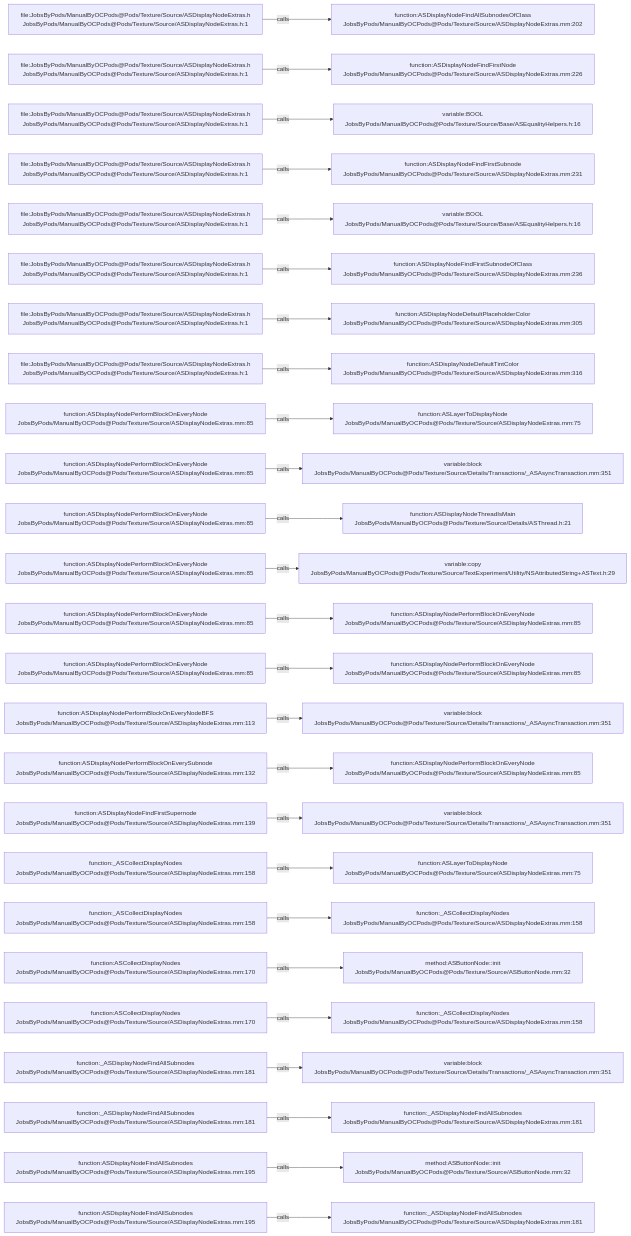
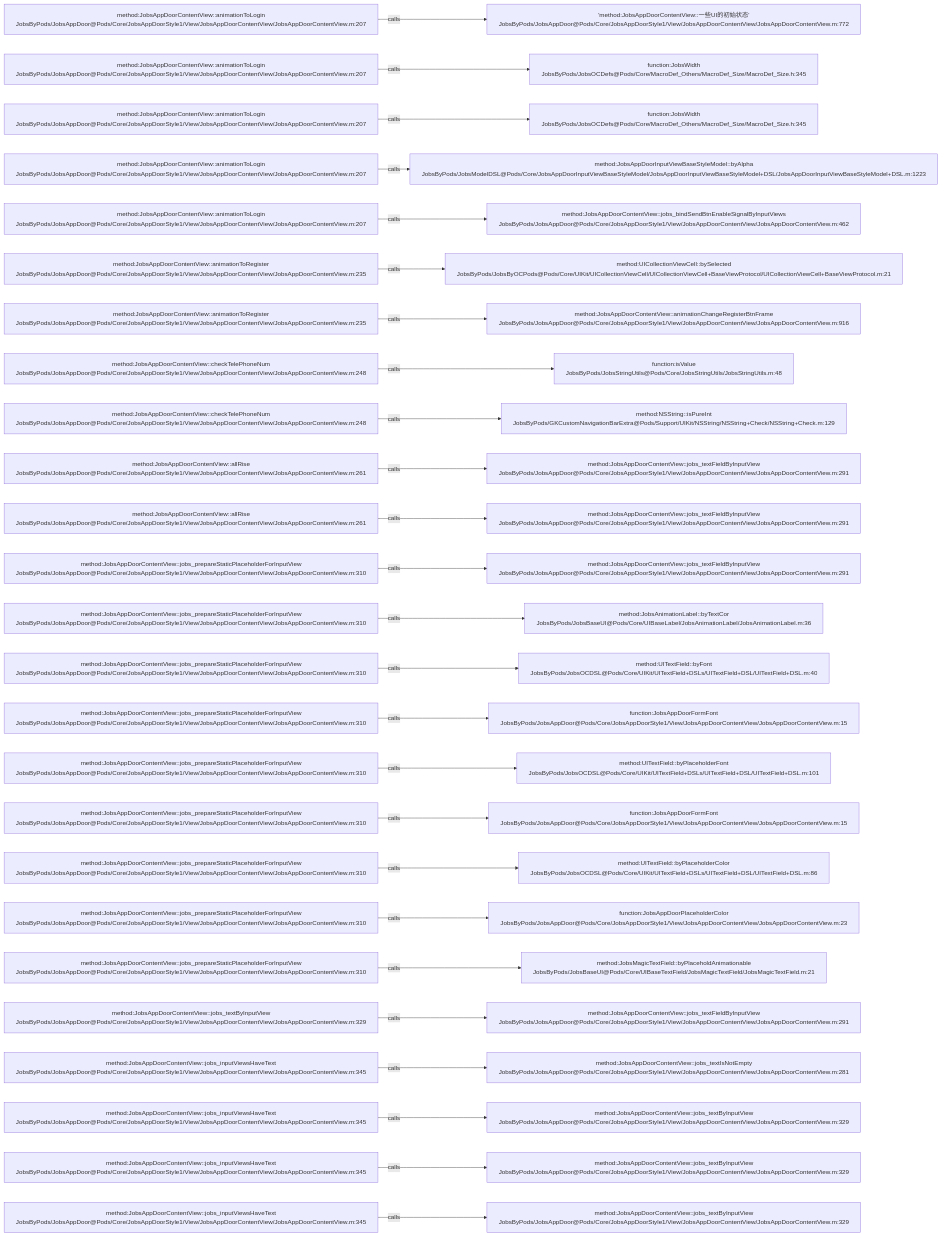
One commit to JobsKits/JobsOCBaseConfigDemo changed the diagram in .codegraph/codegraph.md/graphs/calls-091.md. Above: the diagram before and after it, drawn with Mermaid. The commit also changed 768 other files, not shown here.

````diff
--- a/.codegraph/codegraph.md/graphs/calls-091.md
+++ b/.codegraph/codegraph.md/graphs/calls-091.md
@@ -13,78 +13,78 @@
 ```mermaid
 flowchart LR
-  S1["file:JobsByPods/ManualByOCPods@Pods/Texture/Source/ASDisplayNodeExtras.h<br/>JobsByPods/ManualByOCPods@Pods/Texture/Source/ASDisplayNodeExtras.h:1"]
-  T1["function:ASDisplayNodeFindAllSubnodesOfClass<br/>JobsByPods/ManualByOCPods@Pods/Texture/Source/ASDisplayNodeExtras.mm:202"]
+  S1["method:JobsAppDoorContentView::animationToLogin<br/>JobsByPods/JobsAppDoor@Pods/Core/JobsAppDoorStyle1/View/JobsAppDoorContentView/JobsAppDoorContentView.m:207"]
+  T1["'method:JobsAppDoorContentView::一些UI的初始状态'<br/>JobsByPods/JobsAppDoor@Pods/Core/JobsAppDoorStyle1/View/JobsAppDoorContentView/JobsAppDoorContentView.m:772"]
   S1 -->|calls| T1
-  S2["file:JobsByPods/ManualByOCPods@Pods/Texture/Source/ASDisplayNodeExtras.h<br/>JobsByPods/ManualByOCPods@Pods/Texture/Source/ASDisplayNodeExtras.h:1"]
-  T2["function:ASDisplayNodeFindFirstNode<br/>JobsByPods/ManualByOCPods@Pods/Texture/Source/ASDisplayNodeExtras.mm:226"]
+  S2["method:JobsAppDoorContentView::animationToLogin<br/>JobsByPods/JobsAppDoor@Pods/Core/JobsAppDoorStyle1/View/JobsAppDoorContentView/JobsAppDoorContentView.m:207"]
+  T2["function:JobsWidth<br/>JobsByPods/JobsOCDefs@Pods/Core/MacroDef_Others/MacroDef_Size/MacroDef_Size.h:345"]
   S2 -->|calls| T2
-  S3["file:JobsByPods/ManualByOCPods@Pods/Texture/Source/ASDisplayNodeExtras.h<br/>JobsByPods/ManualByOCPods@Pods/Texture/Source/ASDisplayNodeExtras.h:1"]
-  T3["variable:BOOL<br/>JobsByPods/ManualByOCPods@Pods/Texture/Source/Base/ASEqualityHelpers.h:16"]
+  S3["method:JobsAppDoorContentView::animationToLogin<br/>JobsByPods/JobsAppDoor@Pods/Core/JobsAppDoorStyle1/View/JobsAppDoorContentView/JobsAppDoorContentView.m:207"]
+  T3["function:JobsWidth<br/>JobsByPods/JobsOCDefs@Pods/Core/MacroDef_Others/MacroDef_Size/MacroDef_Size.h:345"]
   S3 -->|calls| T3
-  S4["file:JobsByPods/ManualByOCPods@Pods/Texture/Source/ASDisplayNodeExtras.h<br/>JobsByPods/ManualByOCPods@Pods/Texture/Source/ASDisplayNodeExtras.h:1"]
-  T4["function:ASDisplayNodeFindFirstSubnode<br/>JobsByPods/ManualByOCPods@Pods/Texture/Source/ASDisplayNodeExtras.mm:231"]
+  S4["method:JobsAppDoorContentView::animationToLogin<br/>JobsByPods/JobsAppDoor@Pods/Core/JobsAppDoorStyle1/View/JobsAppDoorContentView/JobsAppDoorContentView.m:207"]
+  T4["method:JobsAppDoorInputViewBaseStyleModel::byAlpha<br/>JobsByPods/JobsModelDSL@Pods/Core/JobsAppDoorInputViewBaseStyleModel/JobsAppDoorInputViewBaseStyleModel+DSL/JobsAppDoorInputViewBaseStyleModel+DSL.m:1223"]
   S4 -->|calls| T4
-  S5["file:JobsByPods/ManualByOCPods@Pods/Texture/Source/ASDisplayNodeExtras.h<br/>JobsByPods/ManualByOCPods@Pods/Texture/Source/ASDisplayNodeExtras.h:1"]
-  T5["variable:BOOL<br/>JobsByPods/ManualByOCPods@Pods/Texture/Source/Base/ASEqualityHelpers.h:16"]
+  S5["method:JobsAppDoorContentView::animationToLogin<br/>JobsByPods/JobsAppDoor@Pods/Core/JobsAppDoorStyle1/View/JobsAppDoorContentView/JobsAppDoorContentView.m:207"]
+  T5["method:JobsAppDoorContentView::jobs_bindSendBtnEnableSignalByInputViews<br/>JobsByPods/JobsAppDoor@Pods/Core/JobsAppDoorStyle1/View/JobsAppDoorContentView/JobsAppDoorContentView.m:462"]
   S5 -->|calls| T5
-  S6["file:JobsByPods/ManualByOCPods@Pods/Texture/Source/ASDisplayNodeExtras.h<br/>JobsByPods/ManualByOCPods@Pods/Texture/Source/ASDisplayNodeExtras.h:1"]
-  T6["function:ASDisplayNodeFindFirstSubnodeOfClass<br/>JobsByPods/ManualByOCPods@Pods/Texture/Source/ASDisplayNodeExtras.mm:236"]
+  S6["method:JobsAppDoorContentView::animationToRegister<br/>JobsByPods/JobsAppDoor@Pods/Core/JobsAppDoorStyle1/View/JobsAppDoorContentView/JobsAppDoorContentView.m:235"]
+  T6["method:UICollectionViewCell::bySelected<br/>JobsByPods/JobsByOCPods@Pods/Core/UIKit/UICollectionViewCell/UICollectionViewCell+BaseViewProtocol/UICollectionViewCell+BaseViewProtocol.m:21"]
   S6 -->|calls| T6
-  S7["file:JobsByPods/ManualByOCPods@Pods/Texture/Source/ASDisplayNodeExtras.h<br/>JobsByPods/ManualByOCPods@Pods/Texture/Source/ASDisplayNodeExtras.h:1"]
-  T7["function:ASDisplayNodeDefaultPlaceholderColor<br/>JobsByPods/ManualByOCPods@Pods/Texture/Source/ASDisplayNodeExtras.mm:305"]
+  S7["method:JobsAppDoorContentView::animationToRegister<br/>JobsByPods/JobsAppDoor@Pods/Core/JobsAppDoorStyle1/View/JobsAppDoorContentView/JobsAppDoorContentView.m:235"]
+  T7["method:JobsAppDoorContentView::animationChangeRegisterBtnFrame<br/>JobsByPods/JobsAppDoor@Pods/Core/JobsAppDoorStyle1/View/JobsAppDoorContentView/JobsAppDoorContentView.m:916"]
   S7 -->|calls| T7
-  S8["file:JobsByPods/ManualByOCPods@Pods/Texture/Source/ASDisplayNodeExtras.h<br/>JobsByPods/ManualByOCPods@Pods/Texture/Source/ASDisplayNodeExtras.h:1"]
-  T8["function:ASDisplayNodeDefaultTintColor<br/>JobsByPods/ManualByOCPods@Pods/Texture/Source/ASDisplayNodeExtras.mm:316"]
+  S8["method:JobsAppDoorContentView::checkTelePhoneNum<br/>JobsByPods/JobsAppDoor@Pods/Core/JobsAppDoorStyle1/View/JobsAppDoorContentView/JobsAppDoorContentView.m:248"]
+  T8["function:isValue<br/>JobsByPods/JobsStringUtils@Pods/Core/JobsStringUtils/JobsStringUtils.m:48"]
   S8 -->|calls| T8
-  S9["function:ASDisplayNodePerformBlockOnEveryNode<br/>JobsByPods/ManualByOCPods@Pods/Texture/Source/ASDisplayNodeExtras.mm:85"]
-  T9["function:ASLayerToDisplayNode<br/>JobsByPods/ManualByOCPods@Pods/Texture/Source/ASDisplayNodeExtras.mm:75"]
+  S9["method:JobsAppDoorContentView::checkTelePhoneNum<br/>JobsByPods/JobsAppDoor@Pods/Core/JobsAppDoorStyle1/View/JobsAppDoorContentView/JobsAppDoorContentView.m:248"]
+  T9["method:NSString::isPureInt<br/>JobsByPods/GKCustomNavigationBarExtra@Pods/Support/UIKit/NSString/NSString+Check/NSString+Check.m:129"]
   S9 -->|calls| T9
-  S10["function:ASDisplayNodePerformBlockOnEveryNode<br/>JobsByPods/ManualByOCPods@Pods/Texture/Source/ASDisplayNodeExtras.mm:85"]
-  T10["variable:block<br/>JobsByPods/ManualByOCPods@Pods/Texture/Source/Details/Transactions/_ASAsyncTransaction.mm:351"]
+  S10["method:JobsAppDoorContentView::allRise<br/>JobsByPods/JobsAppDoor@Pods/Core/JobsAppDoorStyle1/View/JobsAppDoorContentView/JobsAppDoorContentView.m:261"]
+  T10["method:JobsAppDoorContentView::jobs_textFieldByInputView<br/>JobsByPods/JobsAppDoor@Pods/Core/JobsAppDoorStyle1/View/JobsAppDoorContentView/JobsAppDoorContentView.m:291"]
   S10 -->|calls| T10
-  S11["function:ASDisplayNodePerformBlockOnEveryNode<br/>JobsByPods/ManualByOCPods@Pods/Texture/Source/ASDisplayNodeExtras.mm:85"]
-  T11["function:ASDisplayNodeThreadIsMain<br/>JobsByPods/ManualByOCPods@Pods/Texture/Source/Details/ASThread.h:21"]
+  S11["method:JobsAppDoorContentView::allRise<br/>JobsByPods/JobsAppDoor@Pods/Core/JobsAppDoorStyle1/View/JobsAppDoorContentView/JobsAppDoorContentView.m:261"]
+  T11["method:JobsAppDoorContentView::jobs_textFieldByInputView<br/>JobsByPods/JobsAppDoor@Pods/Core/JobsAppDoorStyle1/View/JobsAppDoorContentView/JobsAppDoorContentView.m:291"]
   S11 -->|calls| T11
-  S12["function:ASDisplayNodePerformBlockOnEveryNode<br/>JobsByPods/ManualByOCPods@Pods/Texture/Source/ASDisplayNodeExtras.mm:85"]
-  T12["variable:copy<br/>JobsByPods/ManualByOCPods@Pods/Texture/Source/TextExperiment/Utility/NSAttributedString+ASText.h:29"]
+  S12["method:JobsAppDoorContentView::jobs_prepareStaticPlaceholderForInputView<br/>JobsByPods/JobsAppDoor@Pods/Core/JobsAppDoorStyle1/View/JobsAppDoorContentView/JobsAppDoorContentView.m:310"]
+  T12["method:JobsAppDoorContentView::jobs_textFieldByInputView<br/>JobsByPods/JobsAppDoor@Pods/Core/JobsAppDoorStyle1/View/JobsAppDoorContentView/JobsAppDoorContentView.m:291"]
   S12 -->|calls| T12
-  S13["function:ASDisplayNodePerformBlockOnEveryNode<br/>JobsByPods/ManualByOCPods@Pods/Texture/Source/ASDisplayNodeExtras.mm:85"]
-  T13["function:ASDisplayNodePerformBlockOnEveryNode<br/>JobsByPods/ManualByOCPods@Pods/Texture/Source/ASDisplayNodeExtras.mm:85"]
+  S13["method:JobsAppDoorContentView::jobs_prepareStaticPlaceholderForInputView<br/>JobsByPods/JobsAppDoor@Pods/Core/JobsAppDoorStyle1/View/JobsAppDoorContentView/JobsAppDoorContentView.m:310"]
+  T13["method:JobsAnimationLabel::byTextCor<br/>JobsByPods/JobsBaseUI@Pods/Core/UIBaseLabel/JobsAnimationLabel/JobsAnimationLabel.m:36"]
   S13 -->|calls| T13
-  S14["function:ASDisplayNodePerformBlockOnEveryNode<br/>JobsByPods/ManualByOCPods@Pods/Texture/Source/ASDisplayNodeExtras.mm:85"]
-  T14["function:ASDisplayNodePerformBlockOnEveryNode<br/>JobsByPods/ManualByOCPods@Pods/Texture/Source/ASDisplayNodeExtras.mm:85"]
+  S14["method:JobsAppDoorContentView::jobs_prepareStaticPlaceholderForInputView<br/>JobsByPods/JobsAppDoor@Pods/Core/JobsAppDoorStyle1/View/JobsAppDoorContentView/JobsAppDoorContentView.m:310"]
+  T14["method:UITextField::byFont<br/>JobsByPods/JobsOCDSL@Pods/Core/UIKit/UITextField+DSLs/UITextField+DSL/UITextField+DSL.m:40"]
   S14 -->|calls| T14
-  S15["function:ASDisplayNodePerformBlockOnEveryNodeBFS<br/>JobsByPods/ManualByOCPods@Pods/Texture/Source/ASDisplayNodeExtras.mm:113"]
-  T15["variable:block<br/>JobsByPods/ManualByOCPods@Pods/Texture/Source/Details/Transactions/_ASAsyncTransaction.mm:351"]
+  S15["method:JobsAppDoorContentView::jobs_prepareStaticPlaceholderForInputView<br/>JobsByPods/JobsAppDoor@Pods/Core/JobsAppDoorStyle1/View/JobsAppDoorContentView/JobsAppDoorContentView.m:310"]
+  T15["function:JobsAppDoorFormFont<br/>JobsByPods/JobsAppDoor@Pods/Core/JobsAppDoorStyle1/View/JobsAppDoorContentView/JobsAppDoorContentView.m:15"]
   S15 -->|calls| T15
-  S16["function:ASDisplayNodePerformBlockOnEverySubnode<br/>JobsByPods/ManualByOCPods@Pods/Texture/Source/ASDisplayNodeExtras.mm:132"]
-  T16["function:ASDisplayNodePerformBlockOnEveryNode<br/>JobsByPods/ManualByOCPods@Pods/Texture/Source/ASDisplayNodeExtras.mm:85"]
+  S16["method:JobsAppDoorContentView::jobs_prepareStaticPlaceholderForInputView<br/>JobsByPods/JobsAppDoor@Pods/Core/JobsAppDoorStyle1/View/JobsAppDoorContentView/JobsAppDoorContentView.m:310"]
+  T16["method:UITextField::byPlaceholderFont<br/>JobsByPods/JobsOCDSL@Pods/Core/UIKit/UITextField+DSLs/UITextField+DSL/UITextField+DSL.m:101"]
   S16 -->|calls| T16
-  S17["function:ASDisplayNodeFindFirstSupernode<br/>JobsByPods/ManualByOCPods@Pods/Texture/Source/ASDisplayNodeExtras.mm:139"]
-  T17["variable:block<br/>JobsByPods/ManualByOCPods@Pods/Texture/Source/Details/Transactions/_ASAsyncTransaction.mm:351"]
+  S17["method:JobsAppDoorContentView::jobs_prepareStaticPlaceholderForInputView<br/>JobsByPods/JobsAppDoor@Pods/Core/JobsAppDoorStyle1/View/JobsAppDoorContentView/JobsAppDoorContentView.m:310"]
+  T17["function:JobsAppDoorFormFont<br/>JobsByPods/JobsAppDoor@Pods/Core/JobsAppDoorStyle1/View/JobsAppDoorContentView/JobsAppDoorContentView.m:15"]
   S17 -->|calls| T17
-  S18["function:_ASCollectDisplayNodes<br/>JobsByPods/ManualByOCPods@Pods/Texture/Source/ASDisplayNodeExtras.mm:158"]
-  T18["function:ASLayerToDisplayNode<br/>JobsByPods/ManualByOCPods@Pods/Texture/Source/ASDisplayNodeExtras.mm:75"]
+  S18["method:JobsAppDoorContentView::jobs_prepareStaticPlaceholderForInputView<br/>JobsByPods/JobsAppDoor@Pods/Core/JobsAppDoorStyle1/View/JobsAppDoorContentView/JobsAppDoorContentView.m:310"]
+  T18["method:UITextField::byPlaceholderColor<br/>JobsByPods/JobsOCDSL@Pods/Core/UIKit/UITextField+DSLs/UITextField+DSL/UITextField+DSL.m:86"]
   S18 -->|calls| T18
-  S19["function:_ASCollectDisplayNodes<br/>JobsByPods/ManualByOCPods@Pods/Texture/Source/ASDisplayNodeExtras.mm:158"]
-  T19["function:_ASCollectDisplayNodes<br/>JobsByPods/ManualByOCPods@Pods/Texture/Source/ASDisplayNodeExtras.mm:158"]
+  S19["method:JobsAppDoorContentView::jobs_prepareStaticPlaceholderForInputView<br/>JobsByPods/JobsAppDoor@Pods/Core/JobsAppDoorStyle1/View/JobsAppDoorContentView/JobsAppDoorContentView.m:310"]
+  T19["function:JobsAppDoorPlaceholderColor<br/>JobsByPods/JobsAppDoor@Pods/Core/JobsAppDoorStyle1/View/JobsAppDoorContentView/JobsAppDoorContentView.m:23"]
   S19 -->|calls| T19
-  S20["function:ASCollectDisplayNodes<br/>JobsByPods/ManualByOCPods@Pods/Texture/Source/ASDisplayNodeExtras.mm:170"]
-  T20["method:ASButtonNode::init<br/>JobsByPods/ManualByOCPods@Pods/Texture/Source/ASButtonNode.mm:32"]
+  S20["method:JobsAppDoorContentView::jobs_prepareStaticPlaceholderForInputView<br/>JobsByPods/JobsAppDoor@Pods/Core/JobsAppDoorStyle1/View/JobsAppDoorContentView/JobsAppDoorContentView.m:310"]
+  T20["method:JobsMagicTextField::byPlaceholdAnimationable<br/>JobsByPods/JobsBaseUI@Pods/Core/UIBaseTextField/JobsMagicTextField/JobsMagicTextField.m:21"]
   S20 -->|calls| T20
-  S21["function:ASCollectDisplayNodes<br/>JobsByPods/ManualByOCPods@Pods/Texture/Source/ASDisplayNodeExtras.mm:170"]
-  T21["function:_ASCollectDisplayNodes<br/>JobsByPods/ManualByOCPods@Pods/Texture/Source/ASDisplayNodeExtras.mm:158"]
+  S21["method:JobsAppDoorContentView::jobs_textByInputView<br/>JobsByPods/JobsAppDoor@Pods/Core/JobsAppDoorStyle1/View/JobsAppDoorContentView/JobsAppDoorContentView.m:329"]
+  T21["method:JobsAppDoorContentView::jobs_textFieldByInputView<br/>JobsByPods/JobsAppDoor@Pods/Core/JobsAppDoorStyle1/View/JobsAppDoorContentView/JobsAppDoorContentView.m:291"]
   S21 -->|calls| T21
-  S22["function:_ASDisplayNodeFindAllSubnodes<br/>JobsByPods/ManualByOCPods@Pods/Texture/Source/ASDisplayNodeExtras.mm:181"]
-  T22["variable:block<br/>JobsByPods/ManualByOCPods@Pods/Texture/Source/Details/Transactions/_ASAsyncTransaction.mm:351"]
+  S22["method:JobsAppDoorContentView::jobs_inputViewsHaveText<br/>JobsByPods/JobsAppDoor@Pods/Core/JobsAppDoorStyle1/View/JobsAppDoorContentView/JobsAppDoorContentView.m:345"]
+  T22["method:JobsAppDoorContentView::jobs_textIsNotEmpty<br/>JobsByPods/JobsAppDoor@Pods/Core/JobsAppDoorStyle1/View/JobsAppDoorContentView/JobsAppDoorContentView.m:281"]
   S22 -->|calls| T22
-  S23["function:_ASDisplayNodeFindAllSubnodes<br/>JobsByPods/ManualByOCPods@Pods/Texture/Source/ASDisplayNodeExtras.mm:181"]
-  T23["function:_ASDisplayNodeFindAllSubnodes<br/>JobsByPods/ManualByOCPods@Pods/Texture/Source/ASDisplayNodeExtras.mm:181"]
+  S23["method:JobsAppDoorContentView::jobs_inputViewsHaveText<br/>JobsByPods/JobsAppDoor@Pods/Core/JobsAppDoorStyle1/View/JobsAppDoorContentView/JobsAppDoorContentView.m:345"]
+  T23["method:JobsAppDoorContentView::jobs_textByInputView<br/>JobsByPods/JobsAppDoor@Pods/Core/JobsAppDoorStyle1/View/JobsAppDoorContentView/JobsAppDoorContentView.m:329"]
   S23 -->|calls| T23
-  S24["function:ASDisplayNodeFindAllSubnodes<br/>JobsByPods/ManualByOCPods@Pods/Texture/Source/ASDisplayNodeExtras.mm:195"]
-  T24["method:ASButtonNode::init<br/>JobsByPods/ManualByOCPods@Pods/Texture/Source/ASButtonNode.mm:32"]
+  S24["method:JobsAppDoorContentView::jobs_inputViewsHaveText<br/>JobsByPods/JobsAppDoor@Pods/Core/JobsAppDoorStyle1/View/JobsAppDoorContentView/JobsAppDoorContentView.m:345"]
+  T24["method:JobsAppDoorContentView::jobs_textByInputView<br/>JobsByPods/JobsAppDoor@Pods/Core/JobsAppDoorStyle1/View/JobsAppDoorContentView/JobsAppDoorContentView.m:329"]
   S24 -->|calls| T24
-  S25["function:ASDisplayNodeFindAllSubnodes<br/>JobsByPods/ManualByOCPods@Pods/Texture/Source/ASDisplayNodeExtras.mm:195"]
-  T25["function:_ASDisplayNodeFindAllSubnodes<br/>JobsByPods/ManualByOCPods@Pods/Texture/Source/ASDisplayNodeExtras.mm:181"]
+  S25["method:JobsAppDoorContentView::jobs_inputViewsHaveText<br/>JobsByPods/JobsAppDoor@Pods/Core/JobsAppDoorStyle1/View/JobsAppDoorContentView/JobsAppDoorContentView.m:345"]
+  T25["method:JobsAppDoorContentView::jobs_textByInputView<br/>JobsByPods/JobsAppDoor@Pods/Core/JobsAppDoorStyle1/View/JobsAppDoorContentView/JobsAppDoorContentView.m:329"]
   S25 -->|calls| T25
 ```
````
